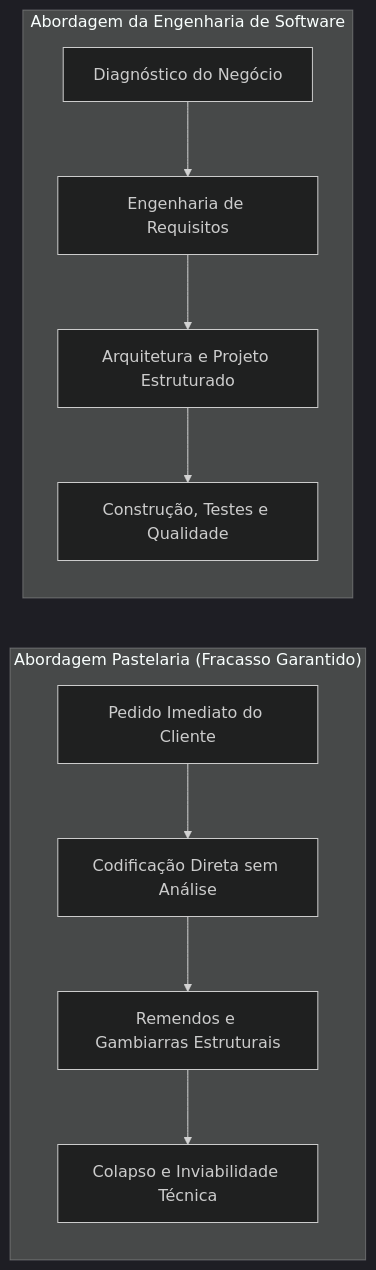
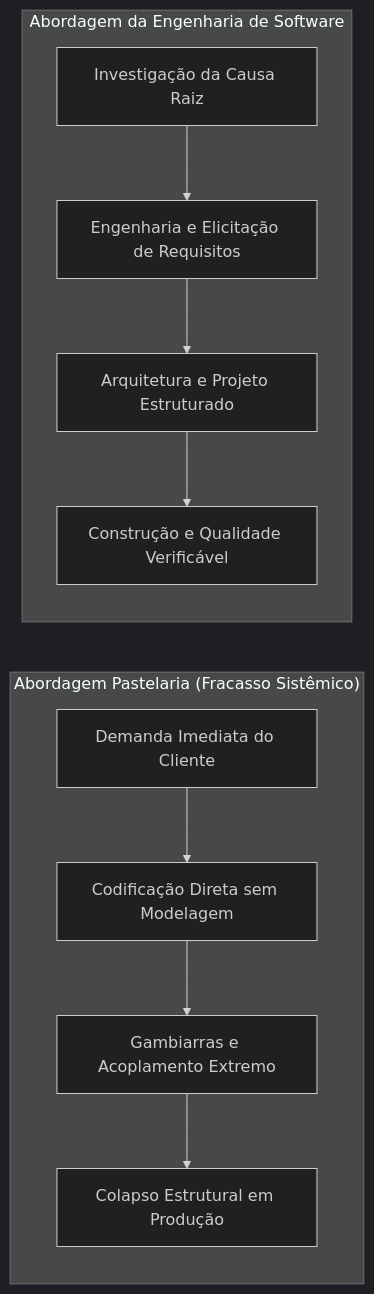
Before and after one commit to murilolol/unifef: the second of 28 diagrams in 4º Semestre/[Prof. Wesley Soares] Engenharia de Software II/Resumos-IA/Caderno-Consolidado.md, drawn with Mermaid (dark theme). The commit also changed other lines of this file and 40 other files, not shown here.

````diff
--- a/4º Semestre/[Prof. Wesley Soares] Engenharia de Software II/Resumos-IA/Caderno-Consolidado.md
+++ b/4º Semestre/[Prof. Wesley Soares] Engenharia de Software II/Resumos-IA/Caderno-Consolidado.md
@@ -78,16 +151,16 @@
 ```mermaid
 flowchart LR
-    subgraph Antipadrao["Abordagem Pastelaria (Fracasso Garantido)"]
+    subgraph ModoPastelaria["Abordagem Pastelaria (Fracasso Sistêmico)"]
         direction TB
-        P1["Pedido Imediato do Cliente"] --> P2["Codificação Direta sem Análise"]
-        P2 --> P3["Remendos e Gambiarras Estruturais"]
-        P3 --> P4["Colapso e Inviabilidade Técnica"]
+        P1["Demanda Imediata do Cliente"] --> P2["Codificação Direta sem Modelagem"]
+        P2 --> P3["Gambiarras e Acoplamento Extremo"]
+        P3 --> P4["Colapso Estrutural em Produção"]
     end
 
-    subgraph Engenharia["Abordagem da Engenharia de Software"]
+    subgraph ModoEngenharia["Abordagem da Engenharia de Software"]
         direction TB
-        E1["Diagnóstico do Negócio"] --> E2["Engenharia de Requisitos"]
+        E1["Investigação da Causa Raiz"] --> E2["Engenharia e Elicitação de Requisitos"]
         E2 --> E3["Arquitetura e Projeto Estruturado"]
-        E3 --> E4["Construção, Testes e Qualidade"]
+        E3 --> E4["Construção e Qualidade Verificável"]
     end
 ```
````
